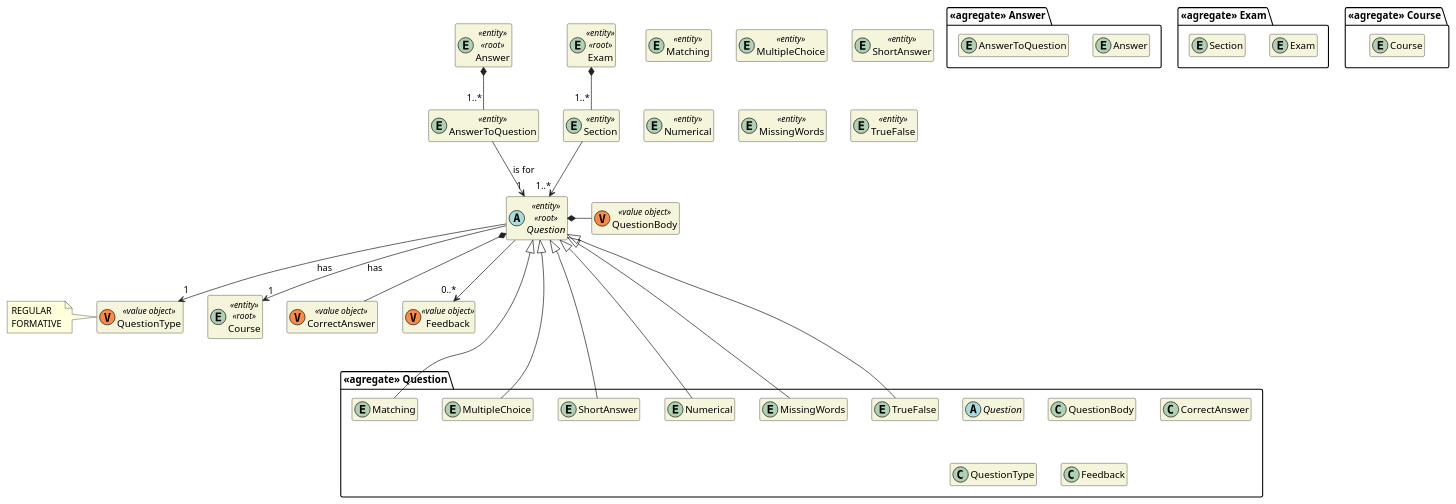
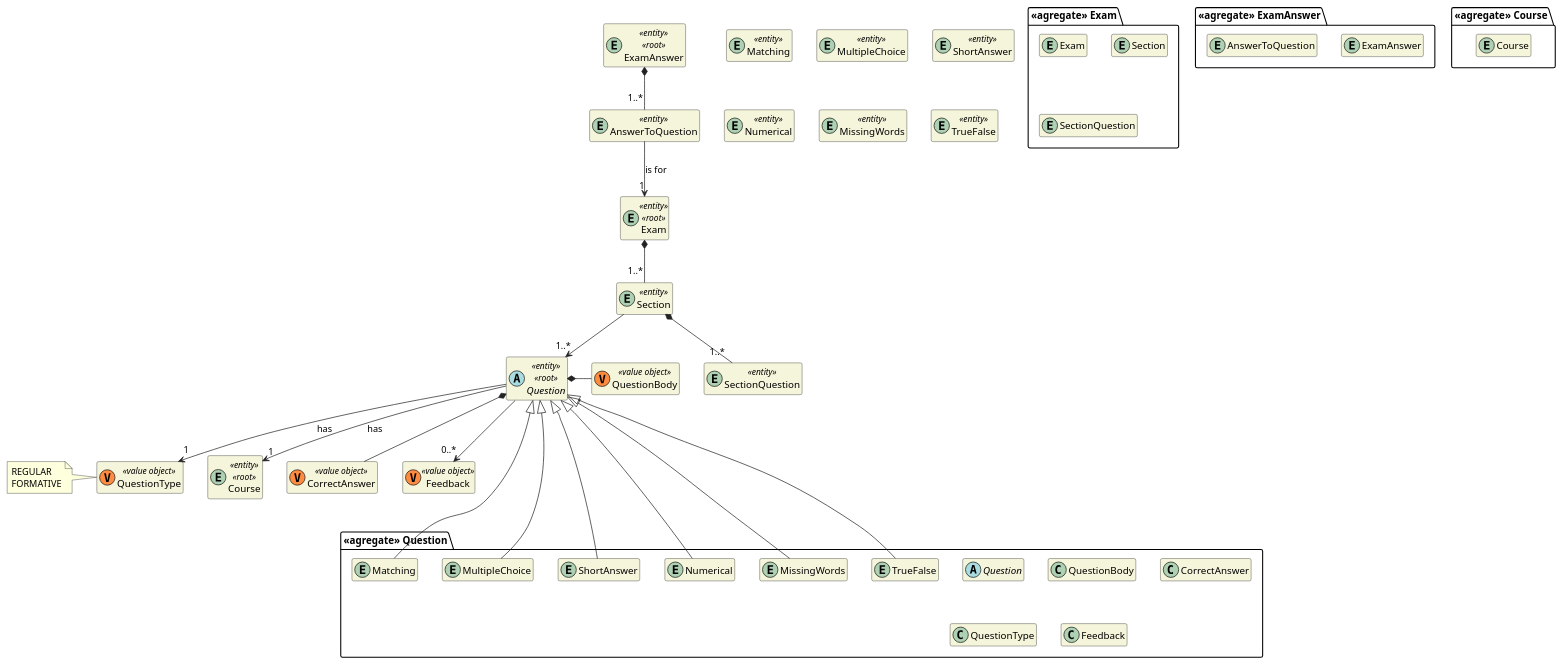
One commit to miseEnPlace-dev/lapr4 changed the diagram in docs/dm/DM_Question.puml. Above: the diagram before and after it, drawn with PlantUML. The commit also changed 4 other files, not shown here.

```diff
--- a/docs/dm/DM_Question.puml
+++ b/docs/dm/DM_Question.puml
@@ -1,90 +1,93 @@
 @startuml DM-EXAM
 'https://plantuml.com/class-diagram
 
 skinparam classAttributeIconSize 0
 hide empty attributes
 hide empty methods
 skinparam classBackgroundColor beige
 skinparam ArrowColor #222222
 
 
 package "<<agregate>> Question" {
   abstract Question
 
   class QuestionBody
   class CorrectAnswer
 
   abstract Question
   entity Matching
   entity MultipleChoice
   entity ShortAnswer
   entity Numerical
   entity MissingWords
   entity TrueFalse
 
   class QuestionType
   class Feedback
 }
 
-package "<<agregate>> Answer" {
-  entity Answer
+package "<<agregate>> ExamAnswer" {
+  entity ExamAnswer
   entity AnswerToQuestion
 }
 
 abstract Question <<entity>> <<root>> {}
-entity Answer <<entity>> <<root>> {}
+entity ExamAnswer <<entity>> <<root>> {}
 entity AnswerToQuestion <<entity>> {}
 
-Answer *-- "1..*" AnswerToQuestion
+ExamAnswer *-- "1..*" AnswerToQuestion
 
 package "<<agregate>> Exam" {
   entity Exam
   entity Section
+  entity SectionQuestion
 }
 
 package "<<agregate>> Course" {
   entity Course
 }
 
 entity Course <<entity>> <<root>> {}
 
 entity Exam <<entity>> <<root>> {}
 entity Section <<entity>> {}
+entity SectionQuestion <<entity>> {}
 
 Exam *-- "1..*" Section
 Section --> "1..*" Question
 
 class QuestionBody <<(V,#FF8B40) value object>> {}
 class CorrectAnswer <<(V,#FF8B40) value object>> {}
 class QuestionType <<(V,#FF8B40) value object>> {}
 class Feedback <<(V,#FF8B40) value object>> {}
 
 note left of QuestionType
   REGULAR
   FORMATIVE
 end note
 
 Question *- QuestionBody
 Question *-- CorrectAnswer
 Question --> "1" QuestionType :has
 
 Question <|--- Matching
 Question <|--- MultipleChoice
 Question <|--- ShortAnswer
 Question <|--- Numerical
 Question <|--- MissingWords
 Question <|--- TrueFalse
 
 Question --> "1" Course : has
 
 entity Matching <<entity>> {}
 entity MultipleChoice <<entity>> {}
 entity ShortAnswer <<entity>> {}
 entity Numerical <<entity>> {}
 entity MissingWords <<entity>> {}
 entity TrueFalse <<entity>> {}
 
-AnswerToQuestion --> "1" Question : is for
+AnswerToQuestion --> "1" Exam : is for
 Question --> "0..*" Feedback
+Section *-- "1..*" SectionQuestion
 
 @enduml
```
